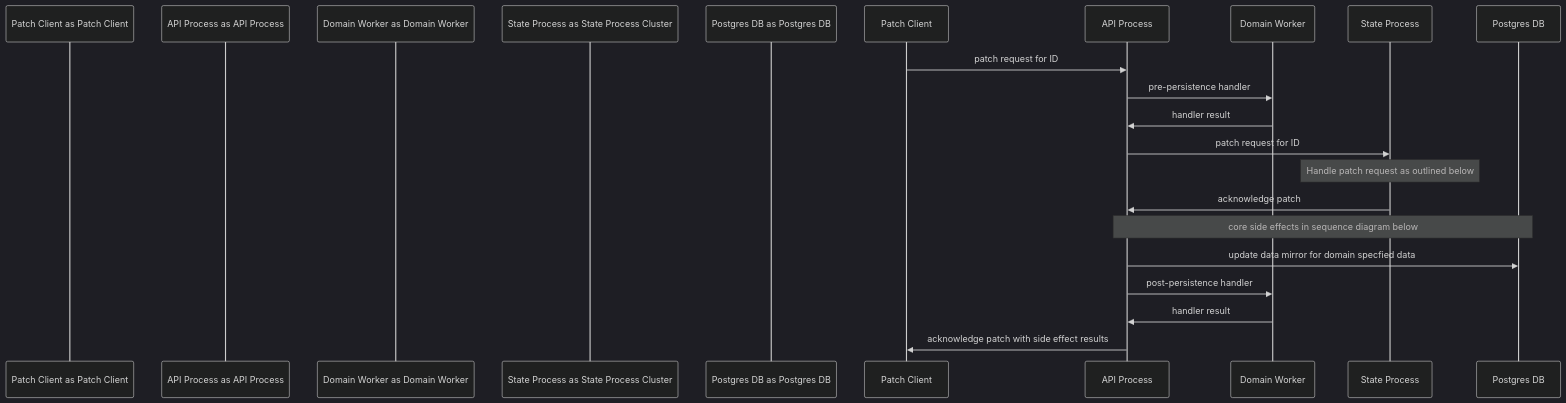
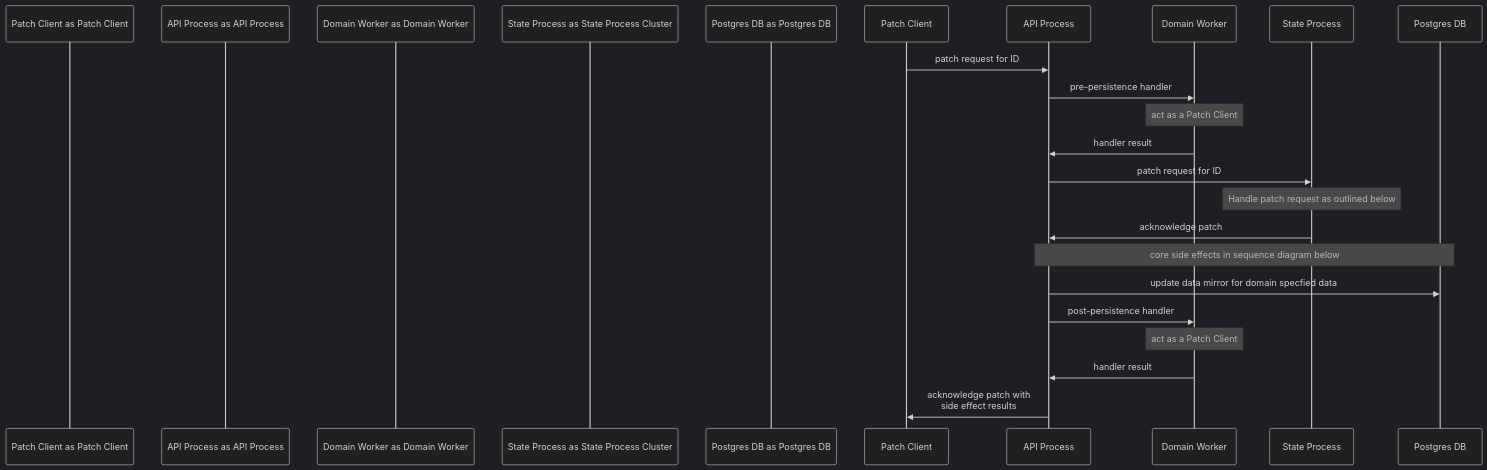
The first of 2 diagrams in README.md (knowlearning/platform), drawn with Mermaid (dark theme) before and after one commit. The commit also changed other lines of this file, not shown here.

````diff
--- a/README.md
+++ b/README.md
@@ -45,20 +45,22 @@
 ```mermaid
 sequenceDiagram
   participant Patch Client as Patch Client
   participant API Process as API Process
   participant Domain Worker as Domain Worker
   participant State Process as State Process Cluster
   participant Postgres DB as Postgres DB
 
   Patch Client ->> API Process: patch request for ID
   API Process ->> Domain Worker: pre-persistence handler
+  Note over Domain Worker: act as a Patch Client
   Domain Worker ->> API Process: handler result
   API Process ->> State Process: patch request for ID
   Note over State Process: Handle patch request as outlined below
   State Process ->> API Process: acknowledge patch
   Note over API Process,Postgres DB: core side effects in sequence diagram below
   API Process ->> Postgres DB: update data mirror for domain specfied data
   API Process ->> Domain Worker: post-persistence handler
+  Note over Domain Worker: act as a Patch Client
   Domain Worker ->> API Process: handler result
-  API Process ->> Patch Client: acknowledge patch with side effect results
+  API Process ->> Patch Client: acknowledge patch with<br>side effect results
 ```
````
